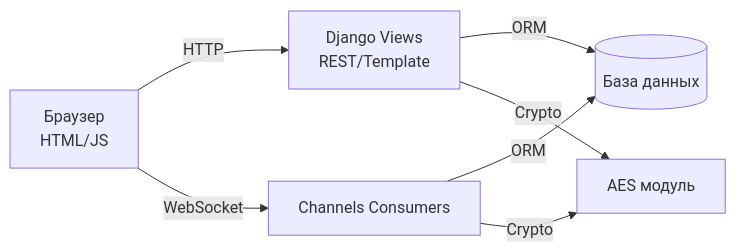
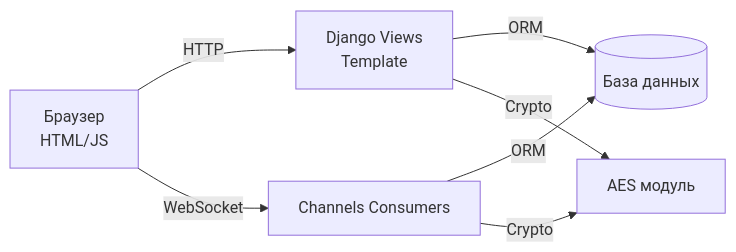
Before and after one commit to HunterXIII/CommexProject: the second of 2 diagrams in README.md, drawn with Mermaid.

Commit message:
исправление README

````diff
--- a/README.md
+++ b/README.md
@@ -103,9 +103,9 @@
 ```mermaid
 graph LR
-    A[Браузер<br>HTML/JS] -- HTTP --> B[Django Views<br>REST/Template]
+    A[Браузер<br>HTML/JS] -- HTTP --> B[Django Views<br>Template]
     A -- WebSocket --> C[Channels Consumers]
     B -- ORM --> D[(База данных)]
     C -- ORM --> D
     C -- Crypto --> E[AES модуль]
     B -- Crypto --> E
 ```
````
